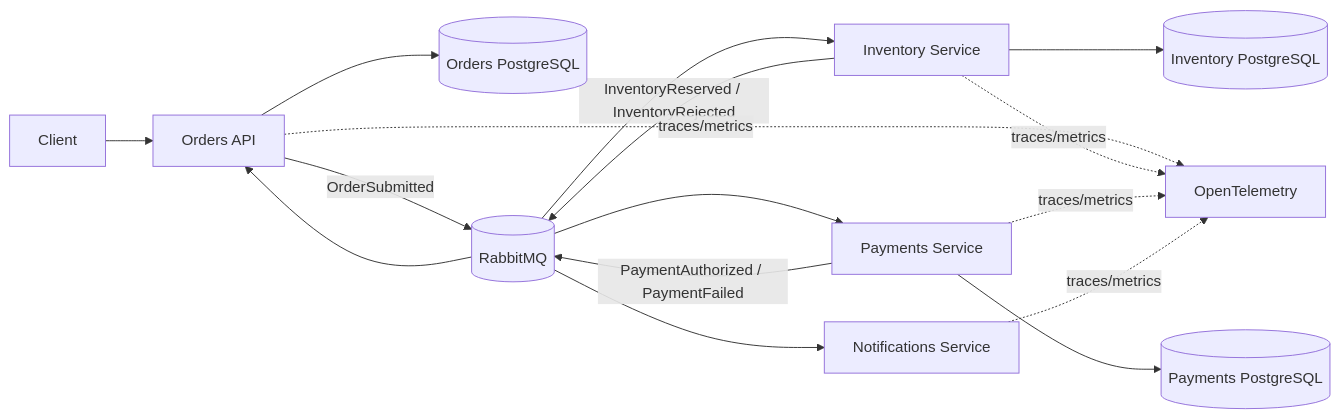
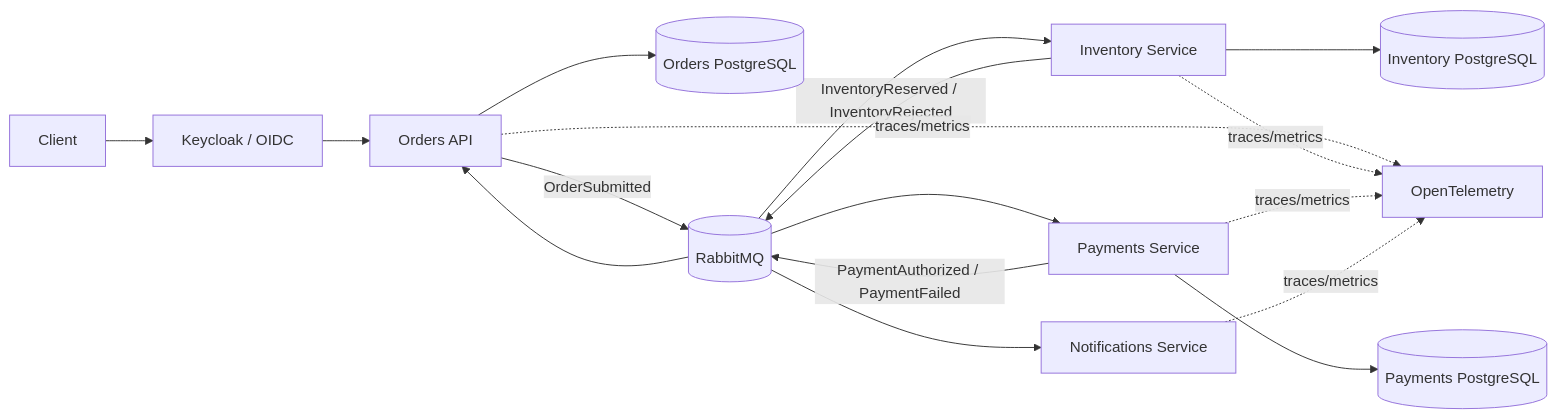
Before and after one commit to WillianZanutoOliveira/api-dotnet: the diagram in README.en.md, drawn with Mermaid. The commit also changed other lines of this file and 5 other files, not shown here.

````diff
--- a/README.en.md
+++ b/README.en.md
@@ -61,23 +65,24 @@
 ```mermaid
 flowchart LR
-    Client[Client] --> Orders[Orders API]
+    Client[Client] --> Keycloak[Keycloak / OIDC]
+    Keycloak --> Orders[Orders API]
 
     Orders --> ODB[(Orders PostgreSQL)]
     Orders -- OrderSubmitted --> Rabbit[(RabbitMQ)]
 
     Rabbit --> Inventory[Inventory Service]
     Inventory --> IDB[(Inventory PostgreSQL)]
     Inventory -- InventoryReserved / InventoryRejected --> Rabbit
 
     Rabbit --> Payments[Payments Service]
     Payments --> PDB[(Payments PostgreSQL)]
     Payments -- PaymentAuthorized / PaymentFailed --> Rabbit
 
     Rabbit --> Orders
     Rabbit --> Notifications[Notifications Service]
 
     Orders -. traces/metrics .-> OTel[OpenTelemetry]
     Inventory -. traces/metrics .-> OTel
     Payments -. traces/metrics .-> OTel
     Notifications -. traces/metrics .-> OTel
 ```
````
